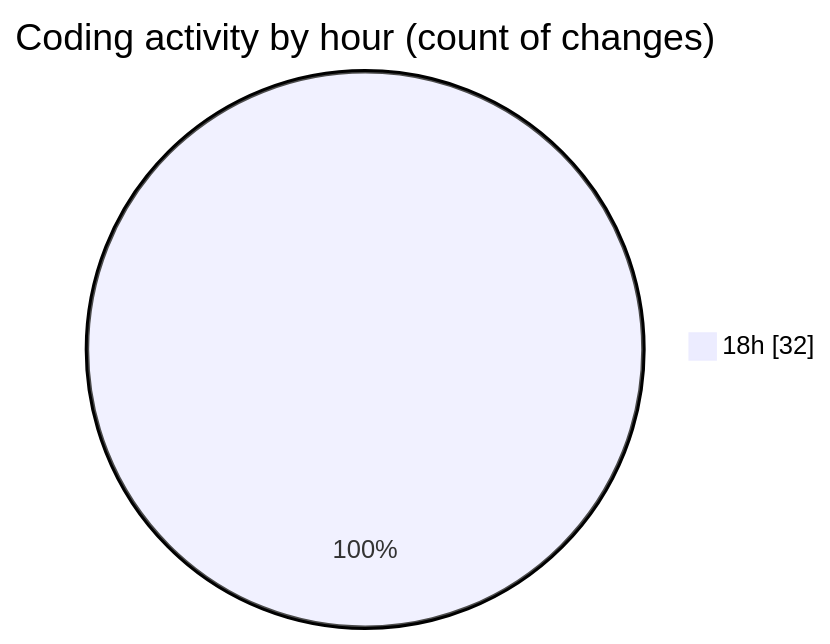
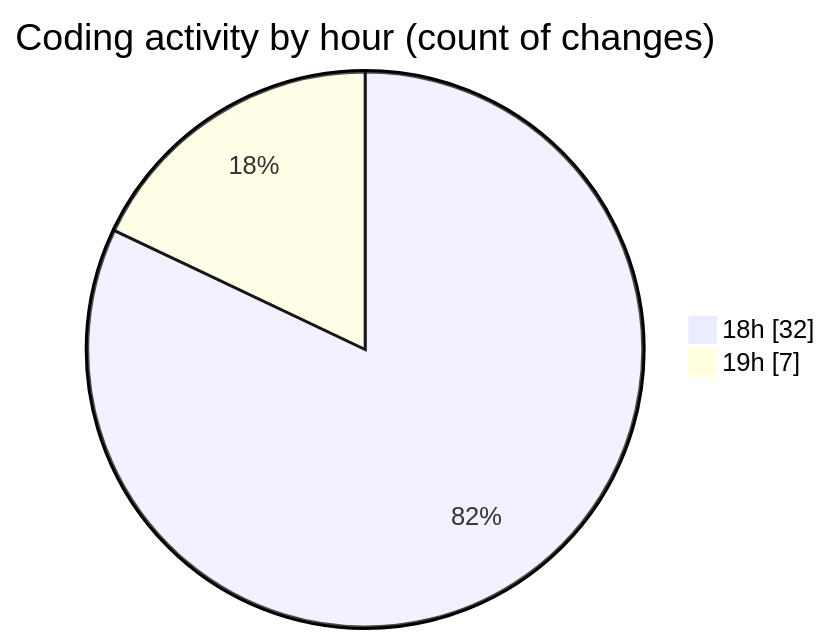
One commit to Netris89/code-tracking changed the second of 2 diagrams in 2025-03-20/back-end/README.md. Above: the diagram before and after it, drawn with Mermaid. The commit also changed other lines of this file and 1 other file, not shown here.

````diff
--- a/2025-03-20/back-end/README.md
+++ b/2025-03-20/back-end/README.md
@@ -32,5 +33,6 @@
 ```mermaid
 pie showData
 title Coding activity by hour (count of changes)
 "18h" : 32
+"19h" : 7
 ```
````
